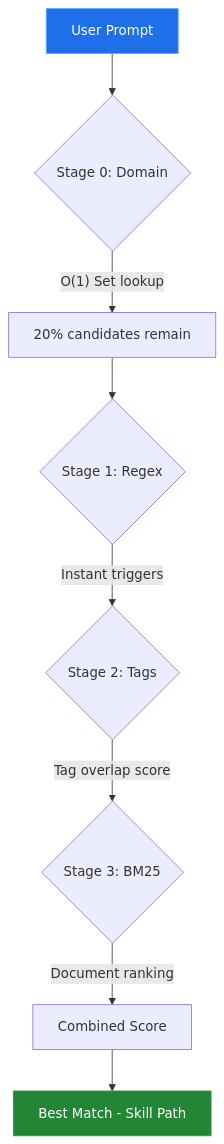
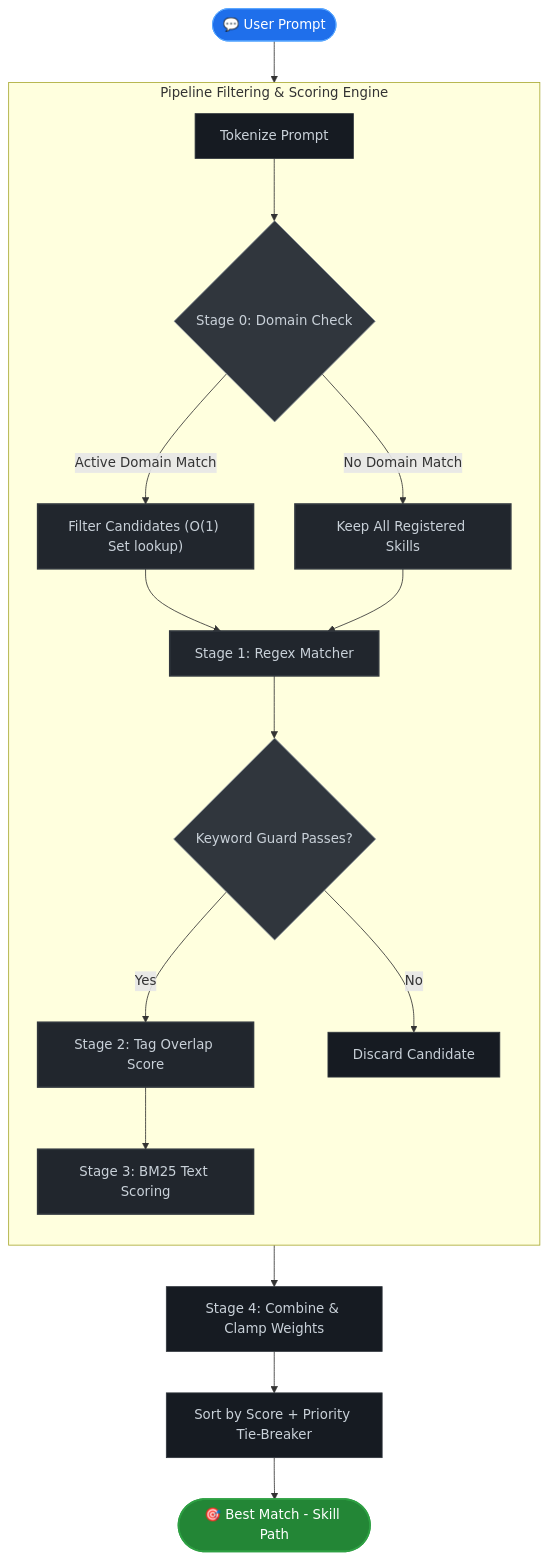
One commit to LuzLiang/SkillsMap changed the diagram in README.md. Above: the diagram before and after it, drawn with Mermaid. The commit also changed other lines of this file, not shown here.

Commit message:
docs: upgrade How It Works Mermaid pipeline diagram

````diff
--- a/README.md
+++ b/README.md
@@ -48,13 +48,34 @@
 ```mermaid
-graph TD
-    A["User Prompt"] --> B{"Stage 0: Domain"}
-    B -->|"O(1) Set lookup"| C["20% candidates remain"]
-    C --> D{"Stage 1: Regex"}
-    D -->|"Instant triggers"| E{"Stage 2: Tags"}
-    E -->|"Tag overlap score"| F{"Stage 3: BM25"}
-    F -->|"Document ranking"| G["Combined Score"]
-    G --> H["Best Match - Skill Path"]
+flowchart TD
+    %% Node Styles
+    classDef input fill:#1f6feb,stroke:#58a6ff,stroke-width:1px,color:#fff;
+    classDef process fill:#161b22,stroke:#30363d,stroke-width:1px,color:#c9d1d9;
+    classDef stage fill:#21262d,stroke:#30363d,stroke-width:2px,color:#c9d1d9;
+    classDef decision fill:#30363d,stroke:#8b949e,stroke-width:1px,color:#c9d1d9;
+    classDef output fill:#238636,stroke:#2ea043,stroke-width:2px,color:#fff;
 
-    style A fill:#1f6feb,stroke:#58a6ff,color:#fff
-    style H fill:#238636,stroke:#2ea043,color:#fff
+    Prompt(["💬 User Prompt"]):::input --> Tokenize["Tokenize Prompt"]:::process
+
+    subgraph Pipeline ["Pipeline Filtering & Scoring Engine"]
+        direction TB
+        
+        %% Stage 0
+        Tokenize --> Stage0{"Stage 0: Domain Check"}:::decision
+        Stage0 -->|Active Domain Match| Filtered["Filter Candidates (O(1) Set lookup)"]:::stage
+        Stage0 -->|No Domain Match| AllCandidates["Keep All Registered Skills"]:::stage
+        
+        %% Stage 1
+        Filtered & AllCandidates --> Stage1["Stage 1: Regex Matcher"]:::stage
+        Stage1 --> KeywordGuard{"Keyword Guard Passes?"}:::decision
+        
+        %% Stage 2 & 3
+        KeywordGuard -->|Yes| Stage2["Stage 2: Tag Overlap Score"]:::stage
+        KeywordGuard -->|No| Discarded["Discard Candidate"]:::process
+        Stage2 --> Stage3["Stage 3: BM25 Text Scoring"]:::stage
+    end
+
+    %% Scoring & Output
+    Stage3 --> Combine["Stage 4: Combine & Clamp Weights"]:::process
+    Combine --> Rank["Sort by Score + Priority Tie-Breaker"]:::process
+    Rank --> BestMatch(["🎯 Best Match - Skill Path"]):::output
 ```
````
